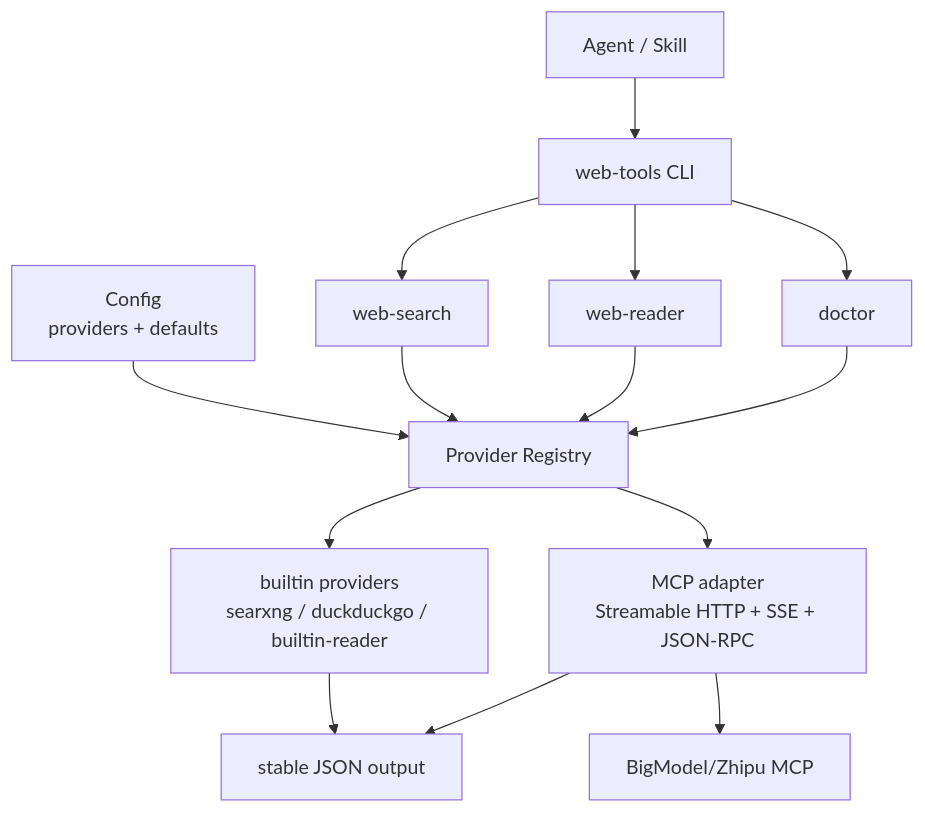
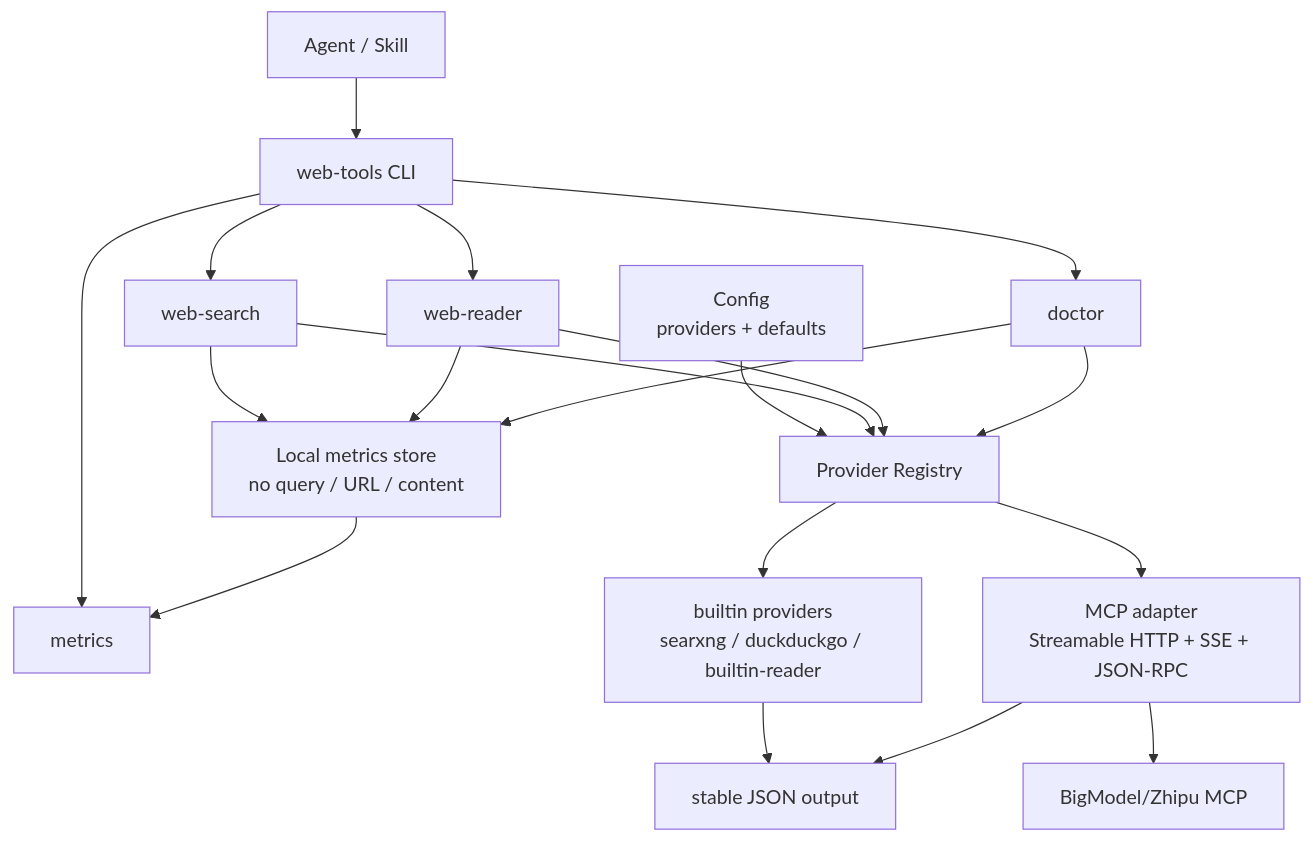
Before and after one commit to koda-claw/web-tools: the diagram in README.md, drawn with Mermaid. The commit also changed other lines of this file and 25 other files, not shown here.

Commit message:
feat: add local metrics dashboard

````diff
--- a/README.md
+++ b/README.md
@@ -374,16 +415,21 @@
 ```mermaid
 flowchart TB
     Agent["Agent / Skill"] --> CLI["web-tools CLI"]
     CLI --> Search["web-search"]
     CLI --> Reader["web-reader"]
     CLI --> Doctor["doctor"]
+    CLI --> Metrics["metrics"]
     Config["Config\nproviders + defaults"] --> Registry["Provider Registry"]
+    Store["Local metrics store\nno query / URL / content"] --> Metrics
+    Search --> Store
+    Reader --> Store
+    Doctor --> Store
     Search --> Registry
     Reader --> Registry
     Doctor --> Registry
     Registry --> Builtins["builtin providers\nsearxng / duckduckgo / builtin-reader"]
     Registry --> MCP["MCP adapter\nStreamable HTTP + SSE + JSON-RPC"]
     MCP --> BigModel["BigModel/Zhipu MCP"]
     Builtins --> Output["stable JSON output"]
     MCP --> Output
 ```
````
